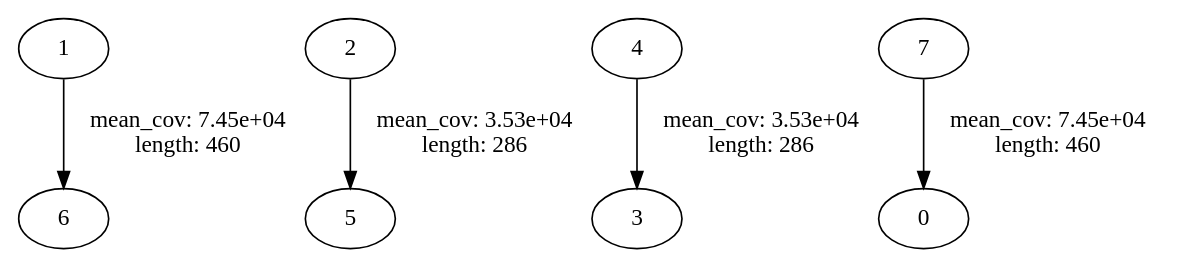
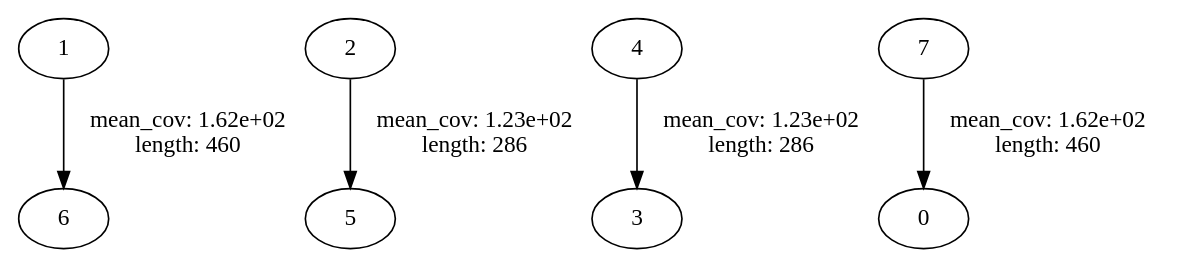
The diagram in hw5/data/s_6.first1000.no_bad_edges.dot (isheshukov/bioinf-ngs-course), drawn with Graphviz before and after one commit. The commit also changed 21 other files, not shown here.

```diff
--- a/hw5/data/s_6.first1000.no_bad_edges.dot
+++ b/hw5/data/s_6.first1000.no_bad_edges.dot
@@ -1,18 +1,18 @@
 strict digraph "" {
-	1 -> 6	 [label="mean_cov: 7.45e+04
+	1 -> 6	 [label="mean_cov: 1.62e+02
  length: 460",
 		length=460,
 		mean_cov=161.90652173913043];
-	2 -> 5	 [label="mean_cov: 3.53e+04
+	2 -> 5	 [label="mean_cov: 1.23e+02
  length: 286",
 		length=286,
 		mean_cov=123.48251748251748];
-	4 -> 3	 [label="mean_cov: 3.53e+04
+	4 -> 3	 [label="mean_cov: 1.23e+02
  length: 286",
 		length=286,
 		mean_cov=123.48251748251748];
-	7 -> 0	 [label="mean_cov: 7.45e+04
+	7 -> 0	 [label="mean_cov: 1.62e+02
  length: 460",
 		length=460,
 		mean_cov=161.90652173913043];
 }
```
